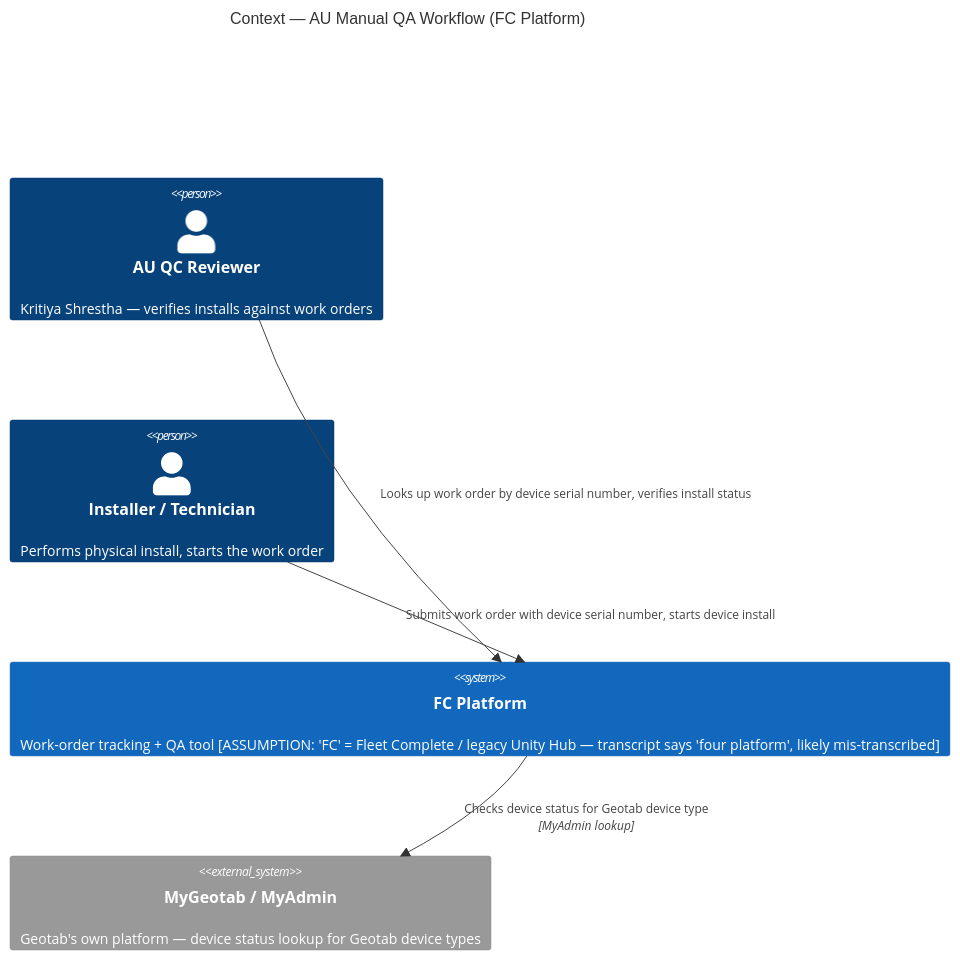
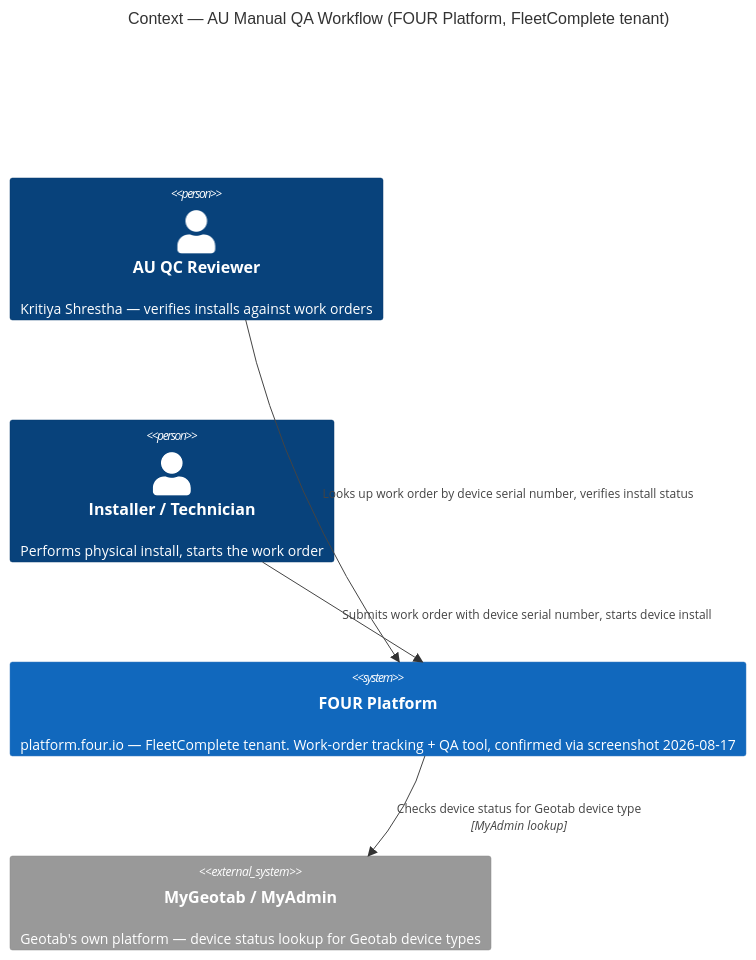
Before and after one commit to mraath/marty-mix: the first of 2 diagrams in GeoTab Manual QA Workflow.md, drawn with Mermaid. The commit also changed other lines of this file and 19 other files, not shown here.

````diff
--- a/GeoTab Manual QA Workflow.md
+++ b/GeoTab Manual QA Workflow.md
@@ -10,15 +12,15 @@
 ```mermaid
 C4Context
-    title Context — AU Manual QA Workflow (FC Platform)
+    title Context — AU Manual QA Workflow (FOUR Platform, FleetComplete tenant)
 
     Person(reviewer, "AU QC Reviewer", "Kritiya Shrestha — verifies installs against work orders")
     Person(installer, "Installer / Technician", "Performs physical install, starts the work order")
 
-    System(fcplatform, "FC Platform", "Work-order tracking + QA tool [ASSUMPTION: 'FC' = Fleet Complete / legacy Unity Hub — transcript says 'four platform', likely mis-transcribed]")
+    System(fcplatform, "FOUR Platform", "platform.four.io — FleetComplete tenant. Work-order tracking + QA tool, confirmed via screenshot 2026-08-17")
 
     System_Ext(geotab, "MyGeotab / MyAdmin", "Geotab's own platform — device status lookup for Geotab device types")
 
     Rel(installer, fcplatform, "Submits work order with device serial number, starts device install")
     Rel(reviewer, fcplatform, "Looks up work order by device serial number, verifies install status")
     Rel(fcplatform, geotab, "Checks device status for Geotab device type", "MyAdmin lookup")
 ```
````
